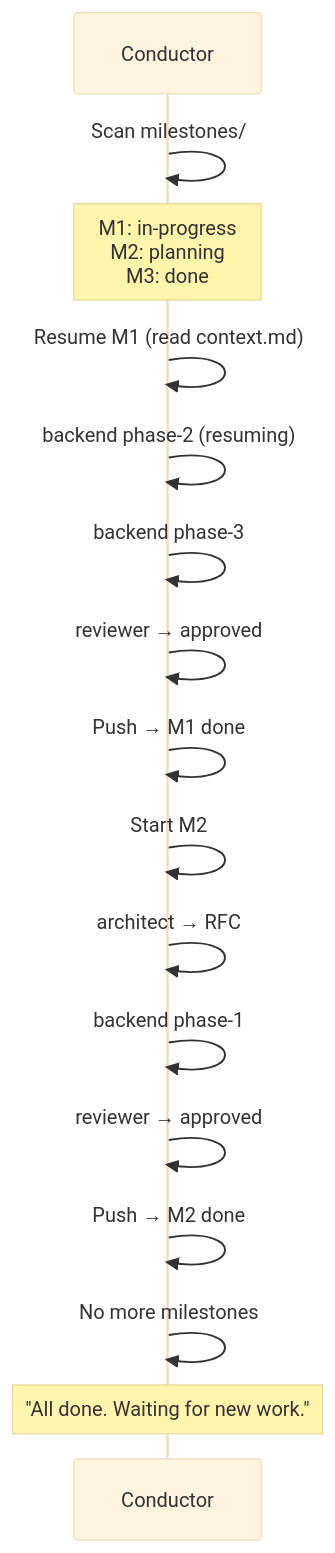
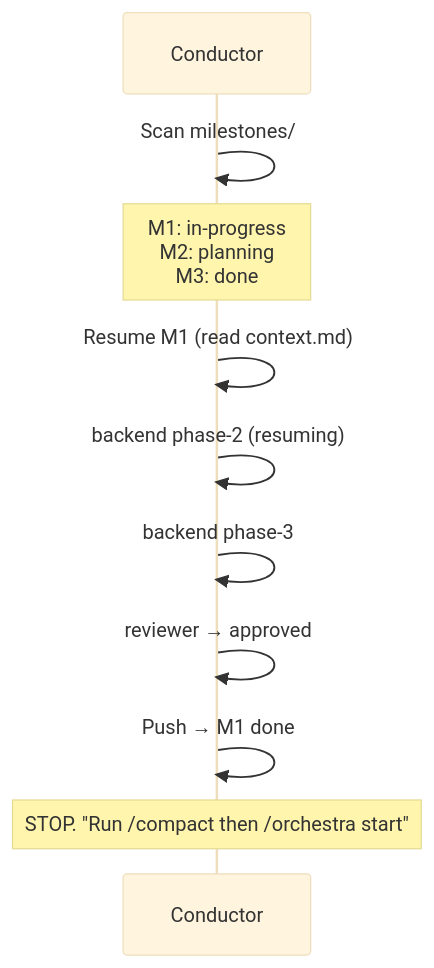
One commit to sulhadin/orchestrator changed the second of 3 diagrams in .orchestra/README.md. Above: the diagram before and after it, drawn with Mermaid (base theme). The commit also changed other lines of this file and 9 other files, not shown here.

````diff
--- a/.orchestra/README.md
+++ b/.orchestra/README.md
@@ -341,22 +372,15 @@
 ```mermaid
 sequenceDiagram
     participant C as Conductor
 
     C->>C: Scan milestones/
     Note over C: M1: in-progress<br/>M2: planning<br/>M3: done
 
     C->>C: Resume M1 (read context.md)
     C->>C: backend phase-2 (resuming)
     C->>C: backend phase-3
     C->>C: reviewer → approved
     C->>C: Push → M1 done
 
-    C->>C: Start M2
-    C->>C: architect → RFC
-    C->>C: backend phase-1
-    C->>C: reviewer → approved
-    C->>C: Push → M2 done
-
-    C->>C: No more milestones
-    Note over C: "All done. Waiting for new work."
+    Note over C: STOP. "Run /compact then /orchestra start"
 ```
````
